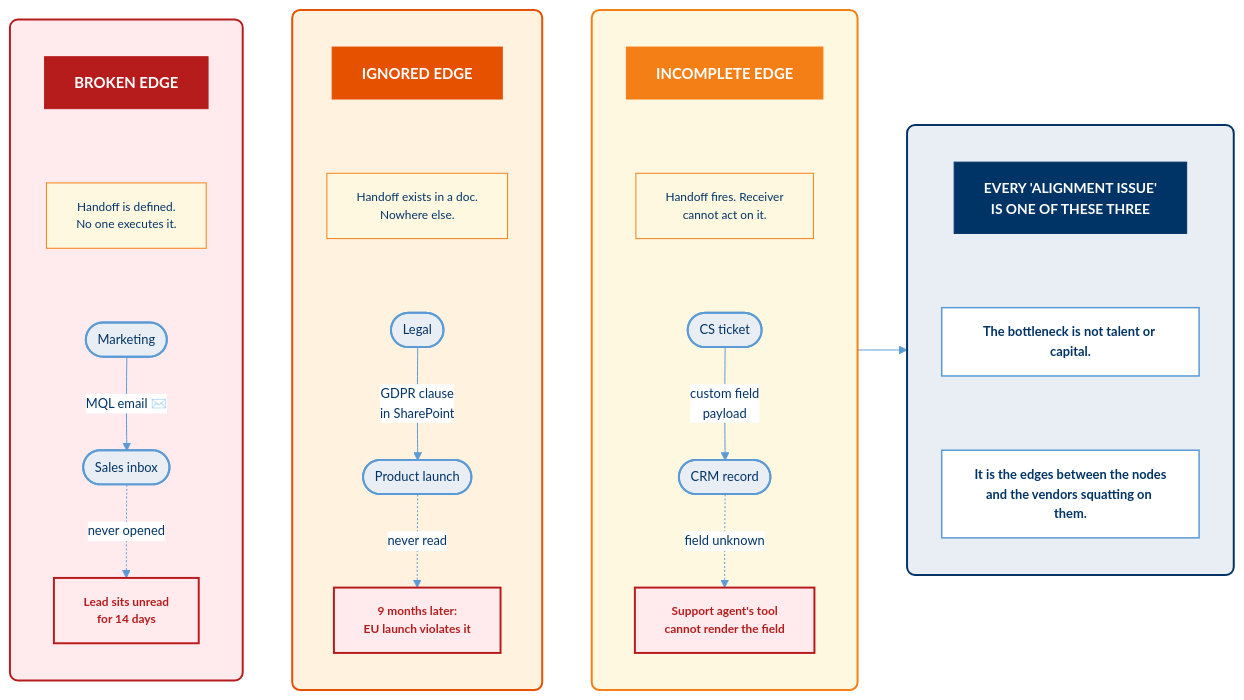
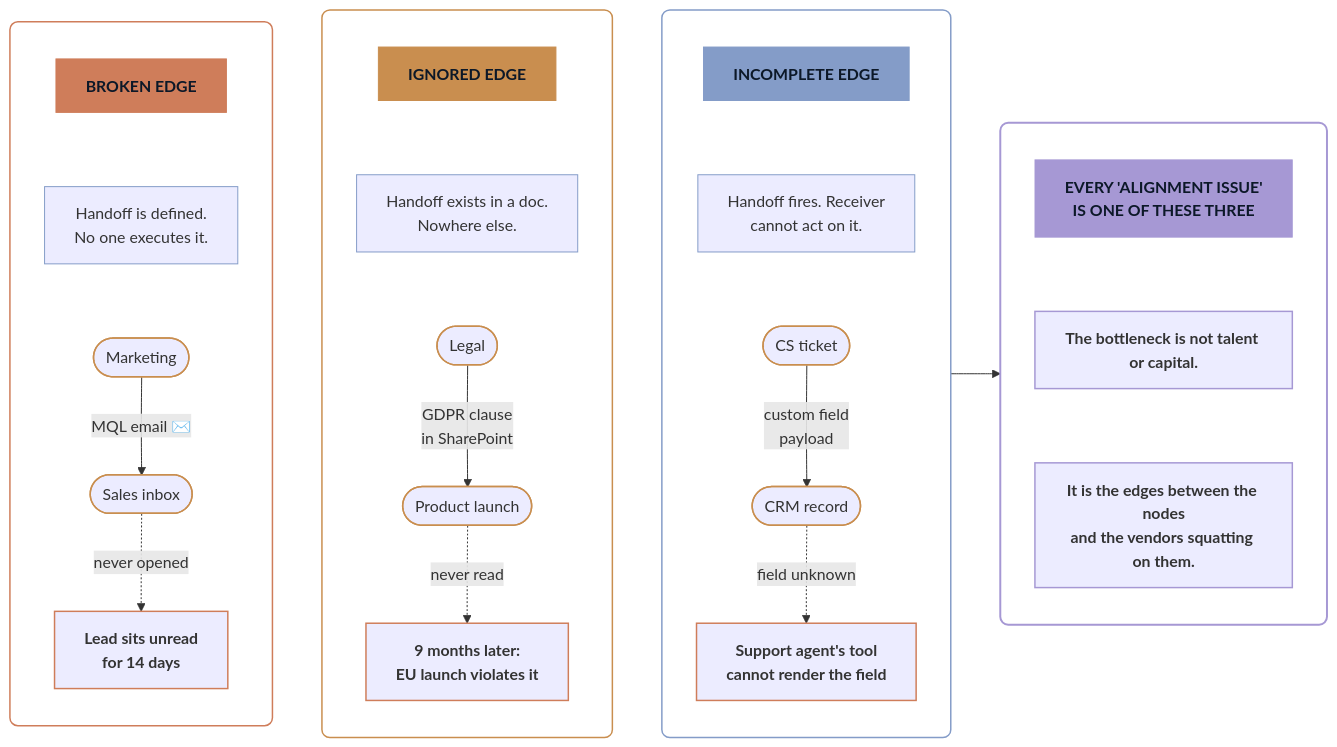
The second of 4 diagrams in content/blog/companies-are-workflows-audit-got-cheap.mdx (TarrySingh/tarrysingh-com), drawn with Mermaid before and after one commit. The commit also changed other lines of this file, not shown here.

First line of the commit message:
fix(blog): re-theme the 3 edge/vendor/PE Mermaid charts to Synaptic

````diff
--- a/content/blog/companies-are-workflows-audit-got-cheap.mdx
+++ b/content/blog/companies-are-workflows-audit-got-cheap.mdx
@@ -44,79 +44,78 @@
 ```mermaid
 %% caption: Every "alignment issue" a board hears about is one of these three failure modes in disguise.
-%%{init:{"theme":"base","themeVariables":{"primaryColor":"#E8EEF4","primaryBorderColor":"#5B9BD5","primaryTextColor":"#003366","lineColor":"#5B9BD5","fontFamily":"Segoe UI, Helvetica Neue, Arial, sans-serif","fontSize":"13px","edgeLabelBackground":"#FFFFFF"}}}%%
 flowchart LR
   subgraph BROKEN[" "]
     direction TB
     B_H["BROKEN EDGE"]
     B_DESC["Handoff is defined.\nNo one executes it."]
     B1(["Marketing"])
     B2(["Sales inbox"])
     B1 -- "MQL email ✉️" --> B2
     B3["Lead sits unread\nfor 14 days"]
     B2 -. "never opened" .-> B3
     B_H ~~~ B_DESC
     B_DESC ~~~ B1
   end
 
   subgraph IGNORED[" "]
     direction TB
     I_H["IGNORED EDGE"]
     I_DESC["Handoff exists in a doc.\nNowhere else."]
     I1(["Legal"])
     I2(["Product launch"])
     I1 -- "GDPR clause\nin SharePoint" --> I2
     I3["9 months later:\nEU launch violates it"]
     I2 -. "never read" .-> I3
     I_H ~~~ I_DESC
     I_DESC ~~~ I1
   end
 
   subgraph INCOMPLETE[" "]
     direction TB
     IC_H["INCOMPLETE EDGE"]
     IC_DESC["Handoff fires. Receiver\ncannot act on it."]
     IC1(["CS ticket"])
     IC2(["CRM record"])
     IC1 -- "custom field\npayload" --> IC2
     IC3["Support agent's tool\ncannot render the field"]
     IC2 -. "field unknown" .-> IC3
     IC_H ~~~ IC_DESC
     IC_DESC ~~~ IC1
   end
 
   subgraph TAKEAWAY[" "]
     direction TB
     T_H["EVERY 'ALIGNMENT ISSUE'\nIS ONE OF THESE THREE"]
     T1["The bottleneck is not talent or capital."]
     T2["It is the edges between the nodes\nand the vendors squatting on them."]
     T_H ~~~ T1
     T1 ~~~ T2
   end
 
   BROKEN ~~~ IGNORED
   IGNORED ~~~ INCOMPLETE
   INCOMPLETE --> TAKEAWAY
 
-  classDef headerRed fill:#B71C1C,stroke:#B71C1C,color:#FFFFFF,font-weight:bold,font-size:15px
-  classDef headerAmber fill:#E65100,stroke:#E65100,color:#FFFFFF,font-weight:bold,font-size:15px
-  classDef headerOrange fill:#F57F17,stroke:#F57F17,color:#FFFFFF,font-weight:bold,font-size:15px
-  classDef descNode fill:#FFF8E1,stroke:#F57F17,stroke-width:1px,color:#003366,font-size:12px
-  classDef deptNode fill:#E8EEF4,stroke:#5B9BD5,stroke-width:2px,color:#003366,font-size:13px
-  classDef failNode fill:#FFEBEE,stroke:#B71C1C,stroke-width:2px,color:#B71C1C,font-size:12px,font-weight:bold
-  classDef takeawayHeader fill:#003366,stroke:#003366,color:#FFFFFF,font-weight:bold,font-size:14px
-  classDef takeawayNode fill:#FFFFFF,stroke:#5B9BD5,stroke-width:1.5px,color:#003366,font-size:13px,font-weight:bold
+  classDef hdrRose fill:#cf7d5a,stroke:#cf7d5a,color:#0c1828,font-weight:bold
+  classDef hdrCopper fill:#c98e4f,stroke:#c98e4f,color:#0c1828,font-weight:bold
+  classDef hdrCool fill:#849cc8,stroke:#849cc8,color:#0c1828,font-weight:bold
+  classDef hdrViolet fill:#a698d4,stroke:#a698d4,color:#0c1828,font-weight:bold
+  classDef descNode stroke:#849cc8,stroke-width:1px
+  classDef deptNode stroke:#c98e4f,stroke-width:1.5px
+  classDef failNode stroke:#cf7d5a,stroke-width:1.5px,font-weight:bold
+  classDef takeawayNode stroke:#a698d4,stroke-width:1.5px,font-weight:bold
 
-  class B_H headerRed
-  class I_H headerAmber
-  class IC_H headerOrange
+  class B_H hdrRose
+  class I_H hdrCopper
+  class IC_H hdrCool
   class B_DESC,I_DESC,IC_DESC descNode
   class B1,B2,I1,I2,IC1,IC2 deptNode
   class B3,I3,IC3 failNode
-  class T_H takeawayHeader
+  class T_H hdrViolet
   class T1,T2 takeawayNode
 
-  style BROKEN fill:#FFEBEE,stroke:#B71C1C,stroke-width:2px,rx:8
-  style IGNORED fill:#FFF3E0,stroke:#E65100,stroke-width:2px,rx:8
-  style INCOMPLETE fill:#FFF8E1,stroke:#F57F17,stroke-width:2px,rx:8
-  style TAKEAWAY fill:#E8EEF4,stroke:#003366,stroke-width:2px,rx:8
+  style BROKEN fill:none,stroke:#cf7d5a,stroke-width:1.5px,rx:8
+  style IGNORED fill:none,stroke:#c98e4f,stroke-width:1.5px,rx:8
+  style INCOMPLETE fill:none,stroke:#849cc8,stroke-width:1.5px,rx:8
+  style TAKEAWAY fill:none,stroke:#a698d4,stroke-width:2px,rx:8
 ```
````
